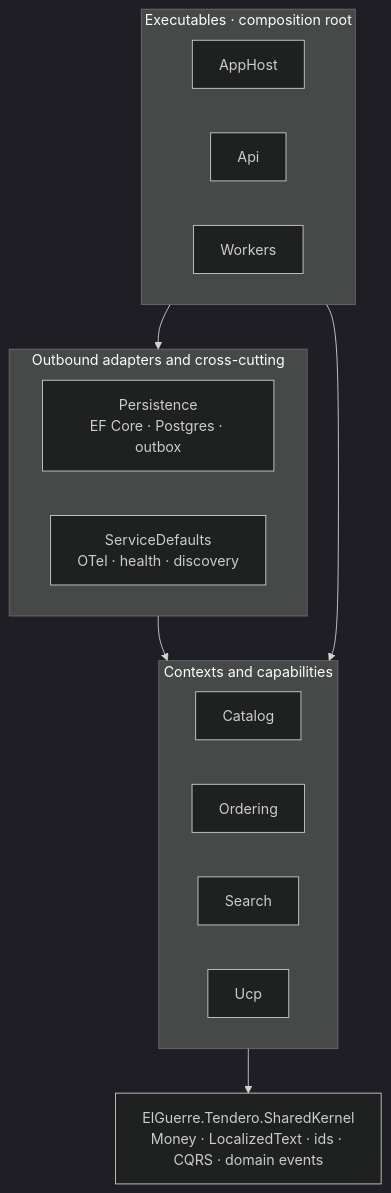
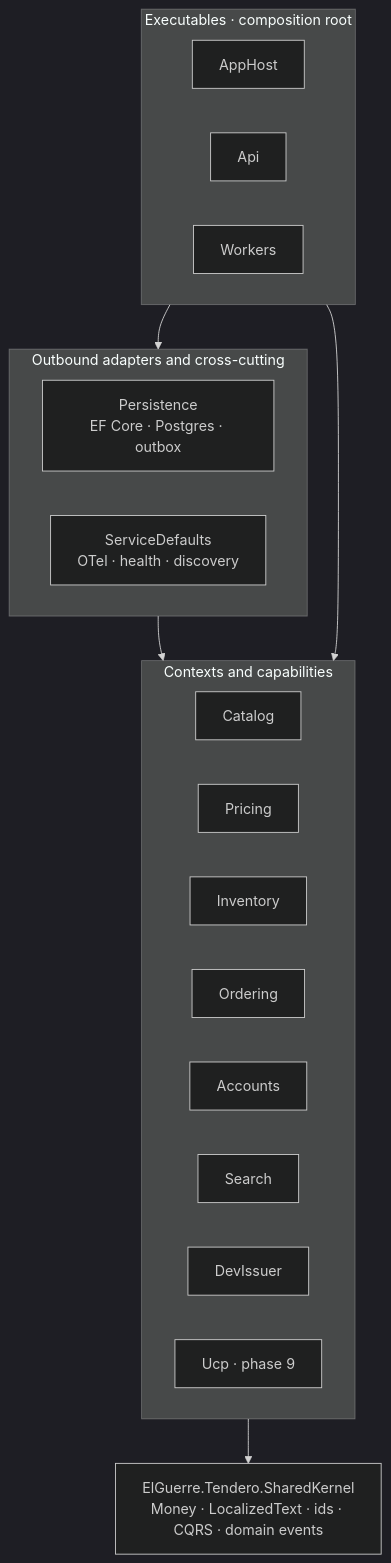
The third of 3 diagrams in docs/architecture.md (juanluelguerre/tendero), drawn with Mermaid (dark theme) before and after one commit. The commit also changed other lines of this file and 19 other files, not shown here.

````diff
--- a/docs/architecture.md
+++ b/docs/architecture.md
@@ -288,21 +309,25 @@
 ```mermaid
 flowchart TB
     subgraph Exec [Executables · composition root]
         AH[AppHost]
         APIP[Api]
         WKP[Workers]
     end
     subgraph Adapters [Outbound adapters and cross-cutting]
         PER[Persistence<br/>EF Core · Postgres · outbox]
         SD[ServiceDefaults<br/>OTel · health · discovery]
     end
     subgraph Ctx [Contexts and capabilities]
         C[Catalog]
+        P[Pricing]
+        I[Inventory]
         O[Ordering]
+        A[Accounts]
         S[Search]
-        U[Ucp]
+        D[DevIssuer]
+        U[Ucp · phase 9]
     end
     SK[ElGuerre.Tendero.SharedKernel<br/>Money · LocalizedText · ids · CQRS · domain events]
     Exec --> Adapters --> Ctx --> SK
     Exec --> Ctx
 ```
````
